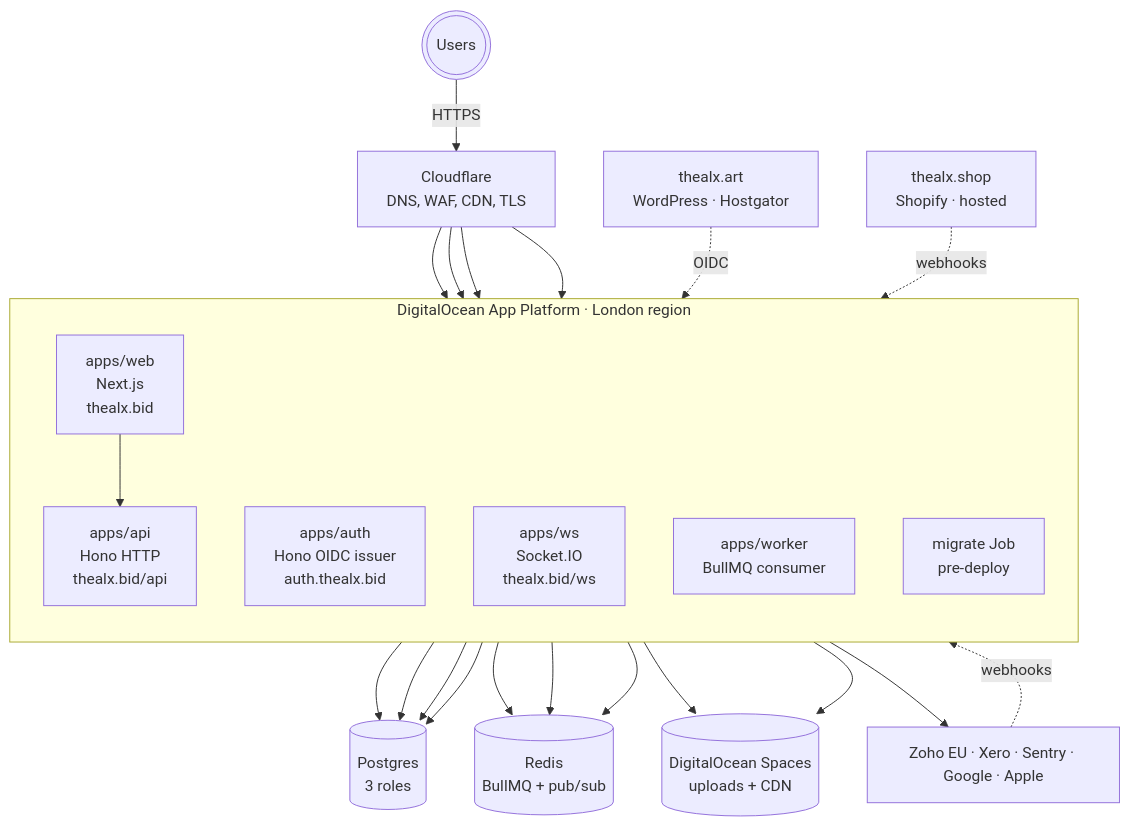
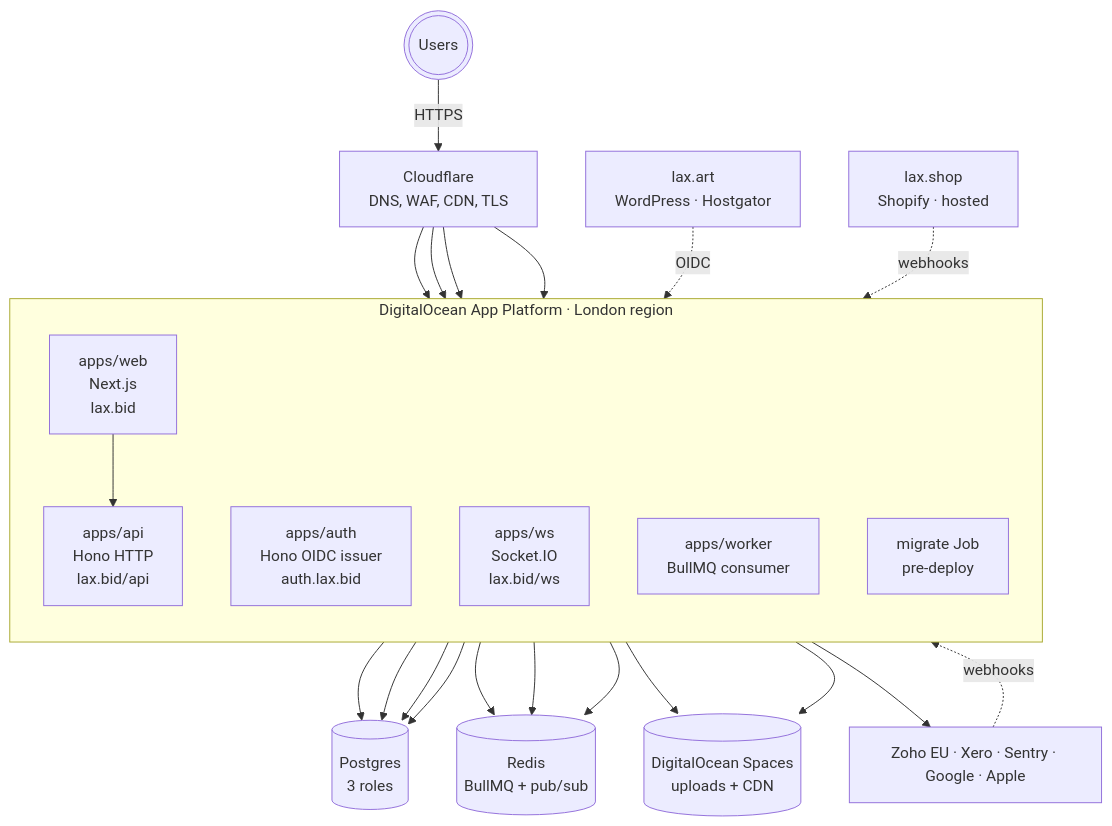
The diagram in docs/architecture/06-deployment.md (LAX-UK/monorepo), drawn with Mermaid before and after one commit. The commit also changed other lines of this file and 19 other files, not shown here.

First line of the commit message:
chore: rename thealx.bid → lax.bid across docs, env, and webhooks

````diff
--- a/docs/architecture/06-deployment.md
+++ b/docs/architecture/06-deployment.md
@@ -17,46 +17,46 @@
 ```mermaid
 flowchart TB
   Users(((Users)))
   CF[Cloudflare<br/>DNS, WAF, CDN, TLS]
 
   subgraph DO[DigitalOcean App Platform · London region]
     direction TB
-    Web[apps/web<br/>Next.js<br/>thealx.bid]
-    Auth[apps/auth<br/>Hono OIDC issuer<br/>auth.thealx.bid]
-    Api[apps/api<br/>Hono HTTP<br/>thealx.bid/api]
-    WS[apps/ws<br/>Socket.IO<br/>thealx.bid/ws]
+    Web[apps/web<br/>Next.js<br/>lax.bid]
+    Auth[apps/auth<br/>Hono OIDC issuer<br/>auth.lax.bid]
+    Api[apps/api<br/>Hono HTTP<br/>lax.bid/api]
+    WS[apps/ws<br/>Socket.IO<br/>lax.bid/ws]
     Worker[apps/worker<br/>BullMQ consumer]
     Migrate[migrate Job<br/>pre-deploy]
   end
 
   PG[(Postgres<br/>3 roles)]
   Redis[(Redis<br/>BullMQ + pub/sub)]
   Spaces[(DigitalOcean Spaces<br/>uploads + CDN)]
 
-  WP[thealx.art<br/>WordPress · Hostgator]
-  Shop[thealx.shop<br/>Shopify · hosted]
+  WP[lax.art<br/>WordPress · Hostgator]
+  Shop[lax.shop<br/>Shopify · hosted]
 
   External[Zoho EU · Xero · Sentry · Google · Apple]
 
   Users -->|HTTPS| CF
   CF --> Web
   CF --> Auth
   CF --> Api
   CF --> WS
 
   Web --> Api
   Auth --> PG
   Api --> PG
   Api --> Redis
   Api --> Spaces
   WS --> Redis
   Worker --> PG
   Worker --> Redis
   Worker --> Spaces
   Worker --> External
   Migrate --> PG
 
   WP -.->|OIDC| Auth
   Shop -.->|webhooks| Api
   External -.->|webhooks| Api
 ```
````
